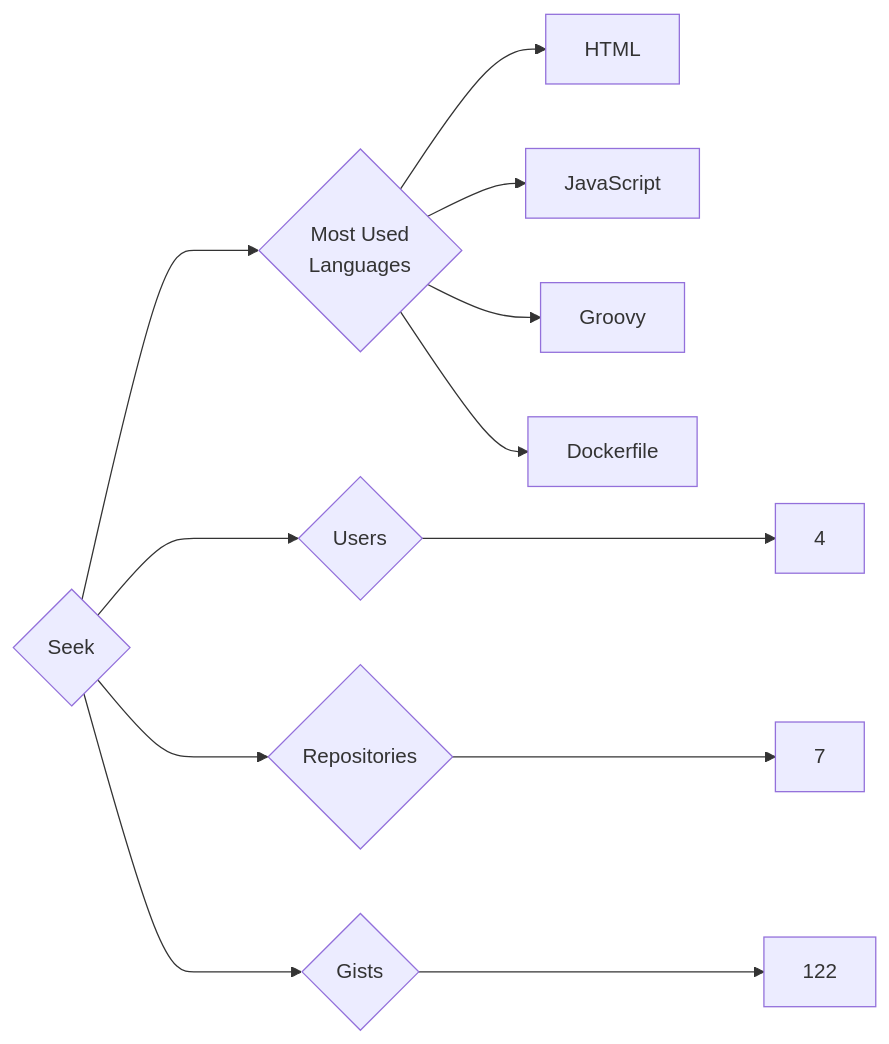
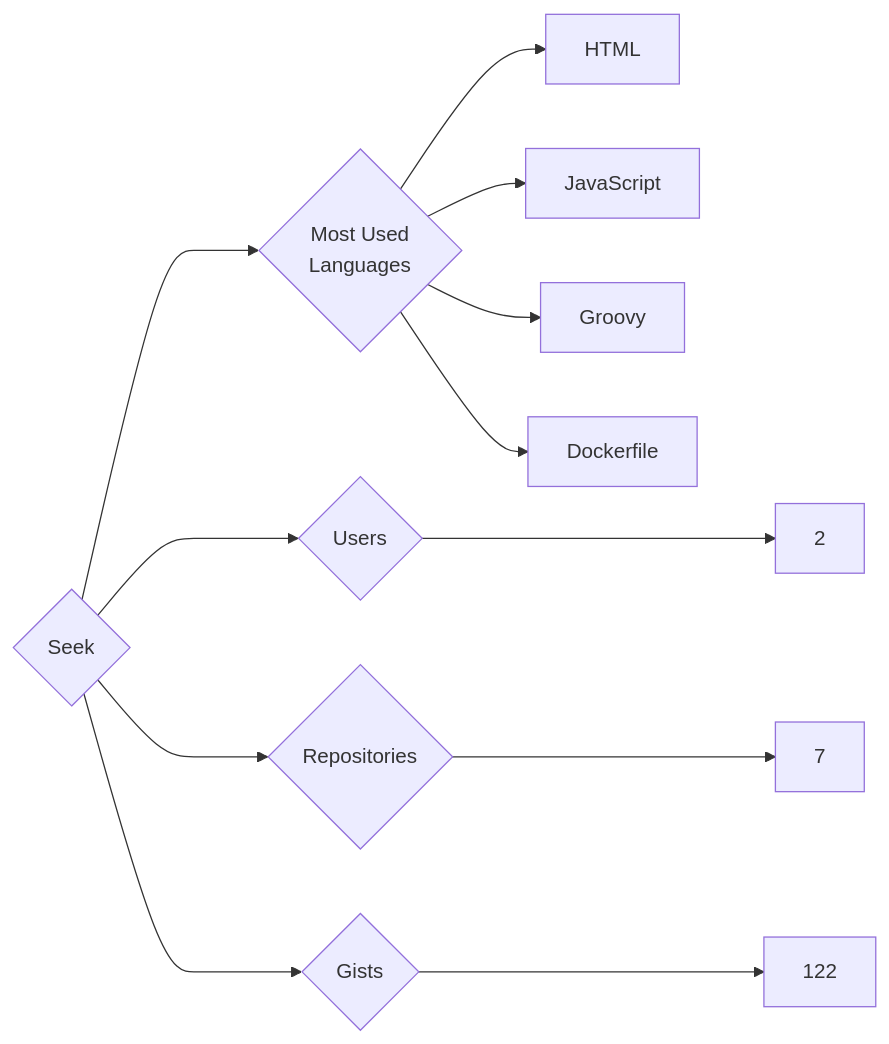
One commit to trickest/insiders changed the diagram in targets/Seek/README.md. Above: the diagram before and after it, drawn with Mermaid. The commit also changed 677 other files, not shown here.

````diff
--- a/targets/Seek/README.md
+++ b/targets/Seek/README.md
@@ -3,12 +3,12 @@
 ```mermaid
 graph LR
 COMPANY_NAME{Seek}
-COMPANY_NAME ---> U{Users} ---> UN[4]
+COMPANY_NAME ---> U{Users} ---> UN[2]
 COMPANY_NAME ---> R{Repositories} ---> RN[7]
 COMPANY_NAME ---> G{Gists} ---> GN[122]
 COMPANY_NAME ---> ML{Most Used<br>Languages}
 ML --> HTML[HTML]
 ML --> JavaScript[JavaScript]
 ML --> Groovy[Groovy]
 ML --> Dockerfile[Dockerfile]
 ```
````
